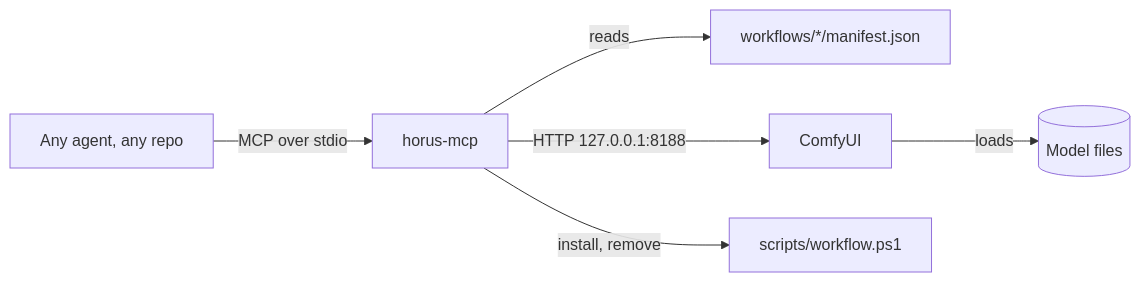
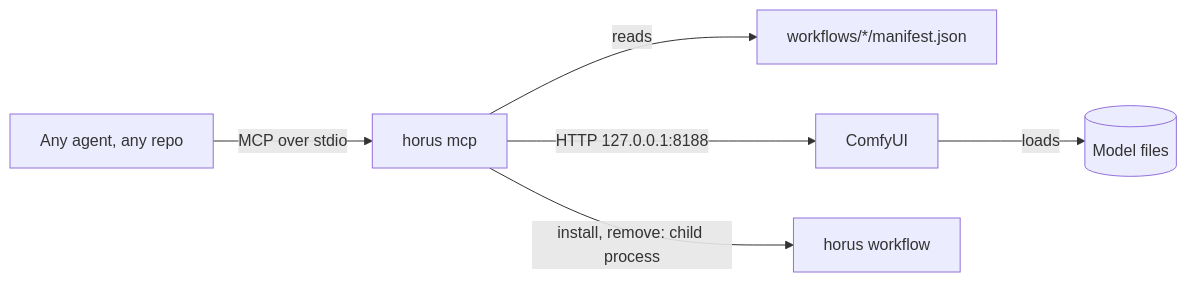
One commit to hieplam/horus changed the diagram in docs/mcp.md. Above: the diagram before and after it, drawn with Mermaid. The commit also changed other lines of this file and 14 other files, not shown here.

````diff
--- a/docs/mcp.md
+++ b/docs/mcp.md
@@ -14,8 +14,8 @@
 ```mermaid
 flowchart LR
-  agent[Any agent, any repo] -->|MCP over stdio| horus[horus-mcp]
+  agent[Any agent, any repo] -->|MCP over stdio| horus[horus mcp]
   horus -->|reads| wf[workflows/*/manifest.json]
   horus -->|HTTP 127.0.0.1:8188| comfy[ComfyUI]
-  horus -->|install, remove| ps[scripts/workflow.ps1]
+  horus -->|install, remove: child process| wfcmd[horus workflow]
   comfy -->|loads| models[(Model files)]
 ```
````
